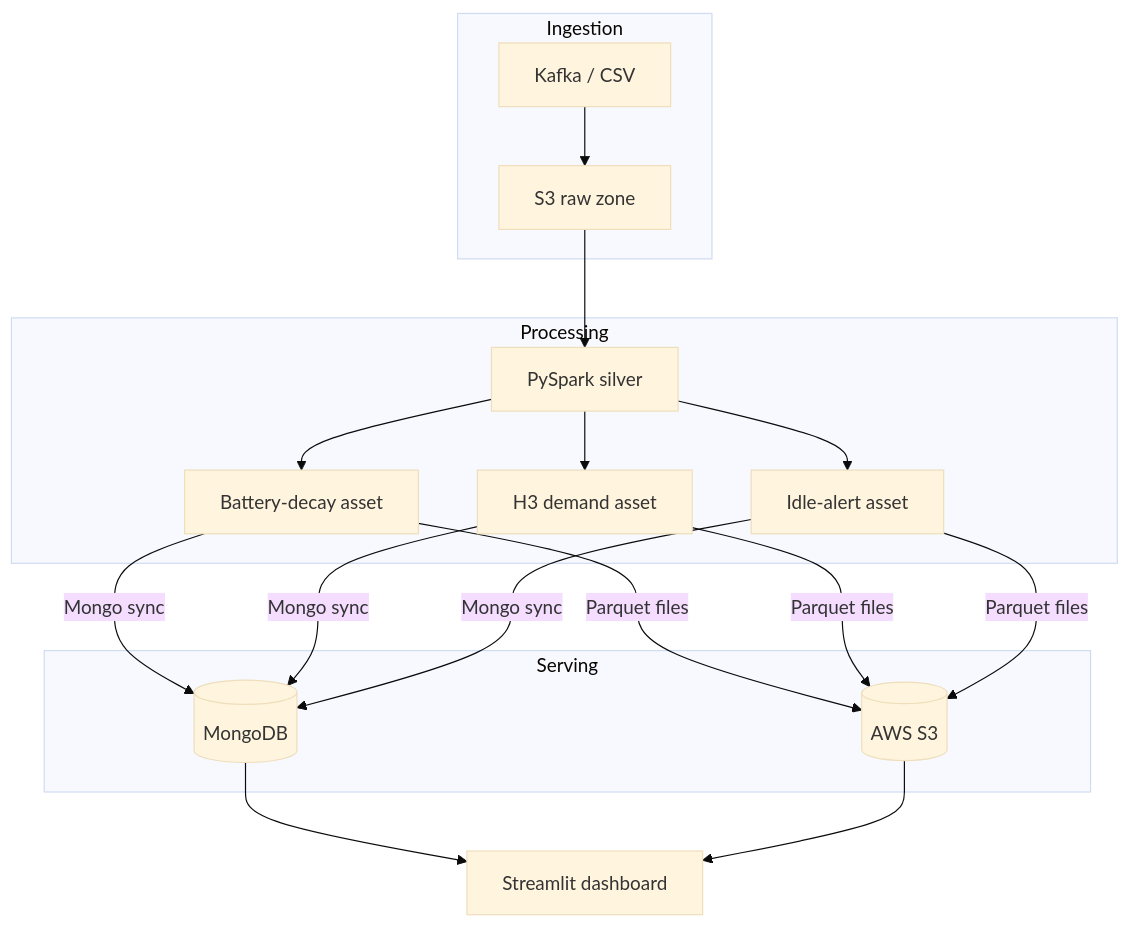
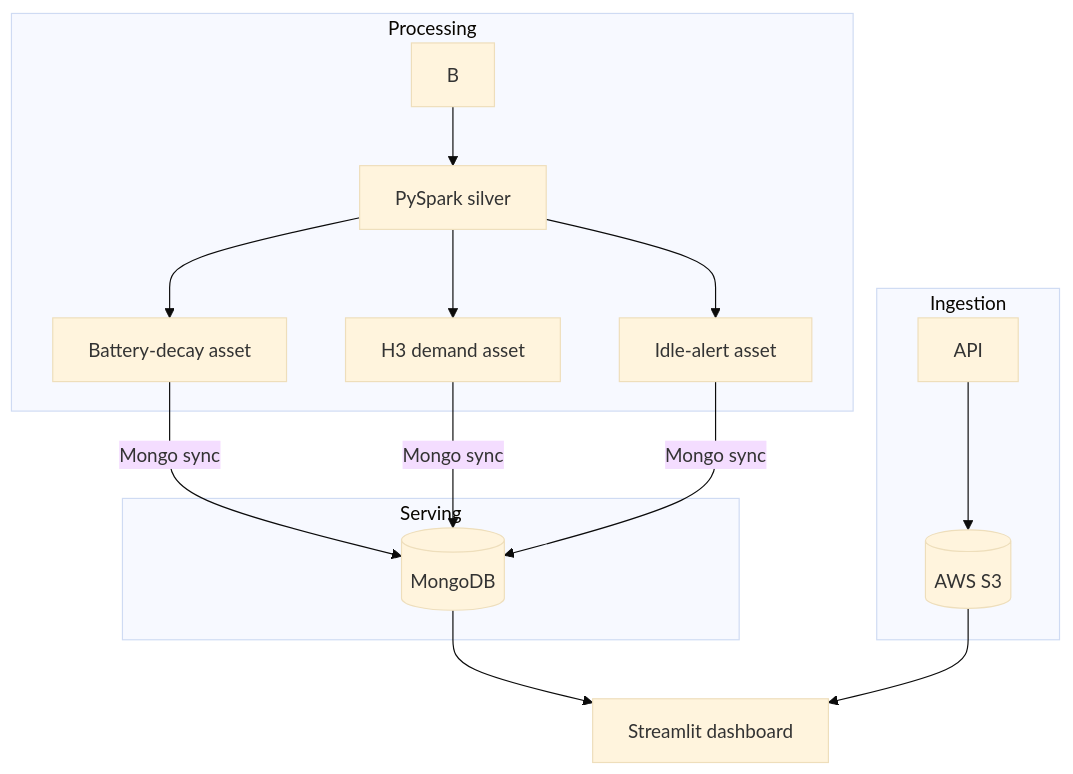
The diagram in README.md (JosephJ7/diss-project), drawn with Mermaid (base theme) before and after one commit. The commit also changed other lines of this file, not shown here.

````diff
--- a/README.md
+++ b/README.md
@@ -44,17 +38,16 @@
 ```mermaid
 flowchart TD
   subgraph Ingestion
-    A[Kafka / CSV] --> B[S3 raw zone]
+    A[API] --> S3[(AWS S3)]
   end
   subgraph Processing
     B --> C[PySpark silver]
     C --> D1[Battery‑decay asset]
     C --> D2[H3 demand asset]
     C --> D3[Idle‑alert asset]
   end
   subgraph Serving
     D1 & D2 & D3 -->|Mongo sync| M[(MongoDB)]
-    D1 & D2 & D3 -->|Parquet files| S3[(AWS S3)]
   end
   M & S3 --> E[Streamlit dashboard]
 ```
````
